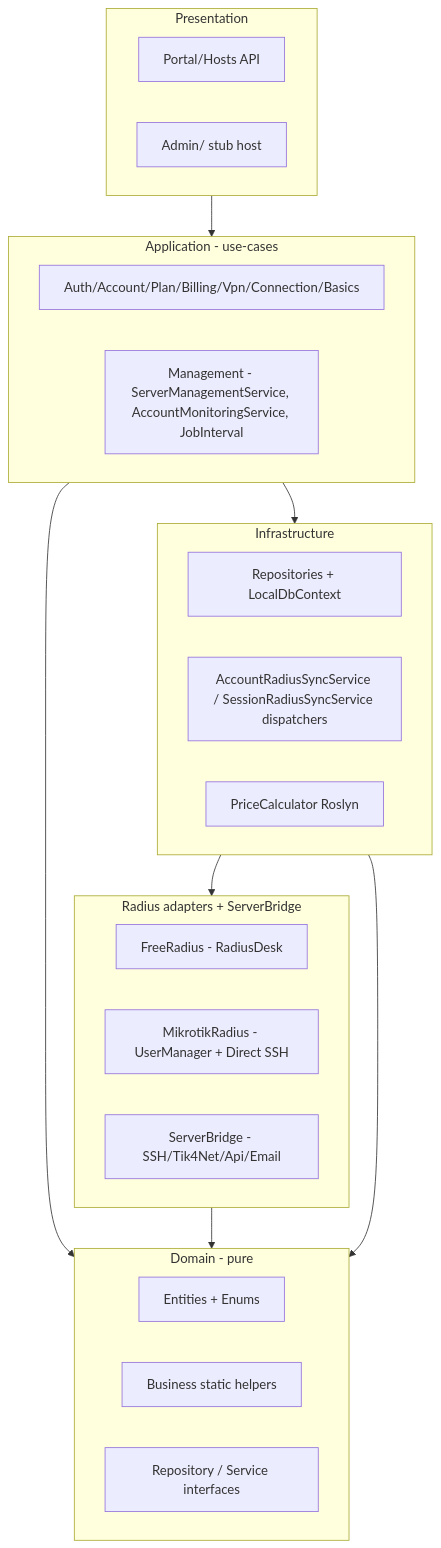
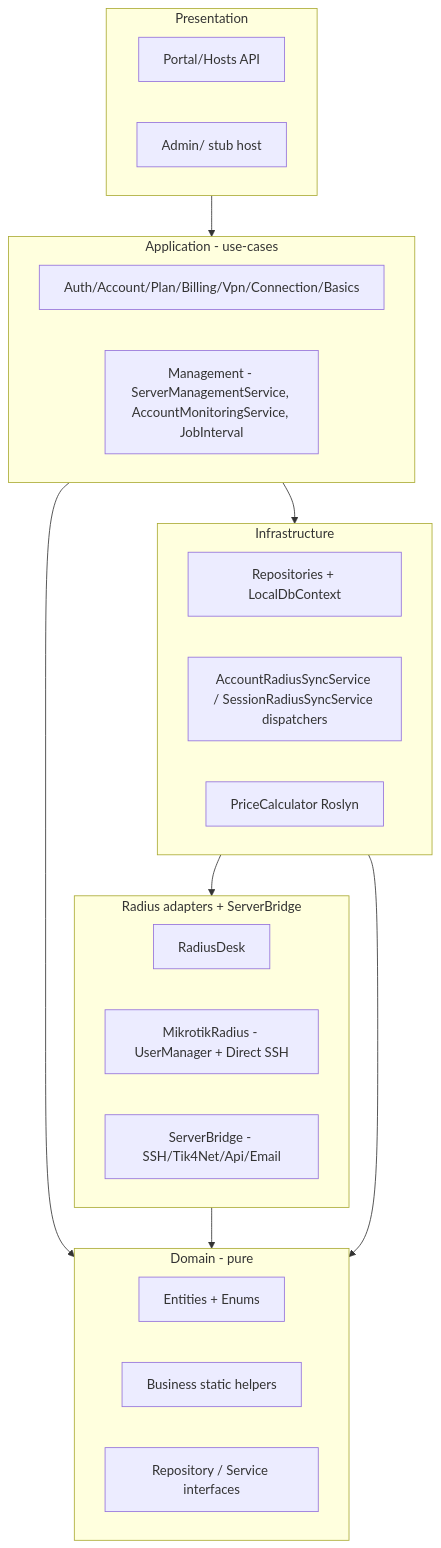
The first of 3 diagrams in docs/02-architecture.md (h-nargesi/Photon-Bypass), drawn with Mermaid before and after one commit. The commit also changed other lines of this file and 143 other files, not shown here.

First line of the commit message:
refactor: rename FreeRadius project to RadiusDesk (D1)

````diff
--- a/docs/02-architecture.md
+++ b/docs/02-architecture.md
@@ -9,31 +9,31 @@
 ```mermaid
 flowchart TB
     subgraph Presentation[Presentation]
         Portal[Portal/Hosts API]
         Admin[Admin/ stub host]
     end
     subgraph App[Application - use-cases]
         UseCases[Auth/Account/Plan/Billing/Vpn/Connection/Basics]
         Mgmt[Management - ServerManagementService, AccountMonitoringService, JobInterval]
     end
     subgraph Domain[Domain - pure]
         Entities[Entities + Enums]
         Rules[Business static helpers]
         Ifaces[Repository / Service interfaces]
     end
     subgraph Infra[Infrastructure]
         Repos[Repositories + LocalDbContext]
         RadiusInfra[AccountRadiusSyncService / SessionRadiusSyncService dispatchers]
         Price[PriceCalculator Roslyn]
     end
     subgraph Adapters[Radius adapters + ServerBridge]
-        FreeRadius[FreeRadius - RadiusDesk]
+        RadiusDesk[RadiusDesk]
         Mikrotik[MikrotikRadius - UserManager + Direct SSH]
         Bridge[ServerBridge - SSH/Tik4Net/Api/Email]
     end
     Presentation --> App --> Domain
     App --> Infra
     Infra --> Adapters
     Adapters --> Domain
     Infra --> Domain
 ```
````
